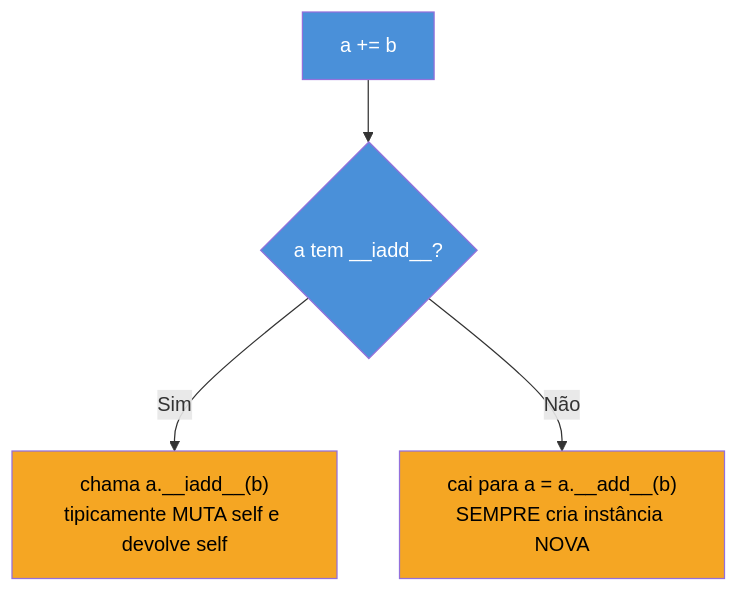
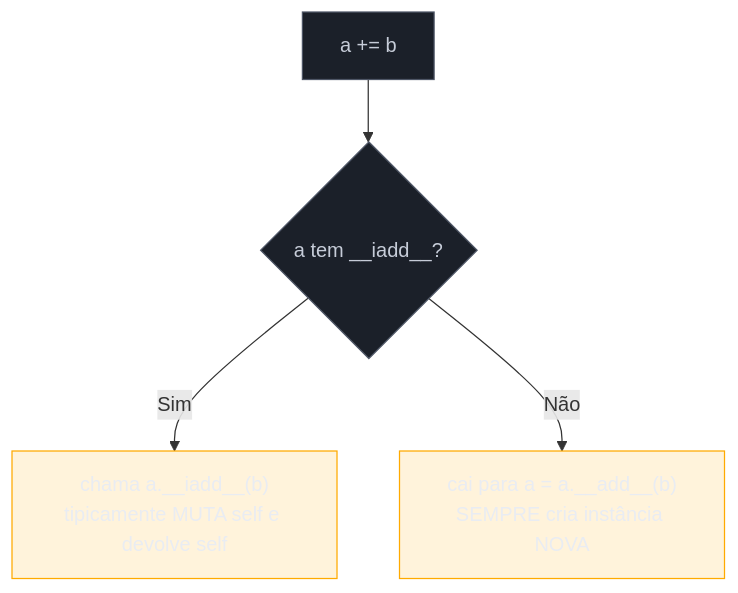
One commit to josenaldo/codex-technomanticus changed the second of 3 diagrams in 03-Dominios/Tecnologia/Python/OO e Data Model/07 - Operator overloading e protocolos avançados.md. Above: the diagram before and after it, drawn with Mermaid. The commit also changed 1181 other files, not shown here.

First line of the commit message:
fix(diagramas): paleta do sistema no lugar de cor cravada no markdown

````diff
--- a/03-Dominios/Tecnologia/Python/OO e Data Model/07 - Operator overloading e protocolos avançados.md
+++ b/03-Dominios/Tecnologia/Python/OO e Data Model/07 - Operator overloading e protocolos avançados.md
@@ -215,11 +215,13 @@
 ```mermaid
 flowchart TB
+    classDef neutro fill:#1B2029,stroke:#4E5666,color:#C6CCD8
+    classDef destaque fill:#FFAA0024,stroke:#FFAA00,color:#E9ECF2
     A["a += b"] --> B{"a tem __iadd__?"}
     B -- "Sim" --> C["chama a.__iadd__(b)\ntipicamente MUTA self e devolve self"]
     B -- "Não" --> D["cai para a = a.__add__(b)\nSEMPRE cria instância NOVA"]
 
-    style A fill:#4A90D9,color:#fff
-    style B fill:#4A90D9,color:#fff
-    style C fill:#F5A623,color:#000
-    style D fill:#F5A623,color:#000
+    class A neutro
+    class B neutro
+    class C destaque
+    class D destaque
 ```
````
